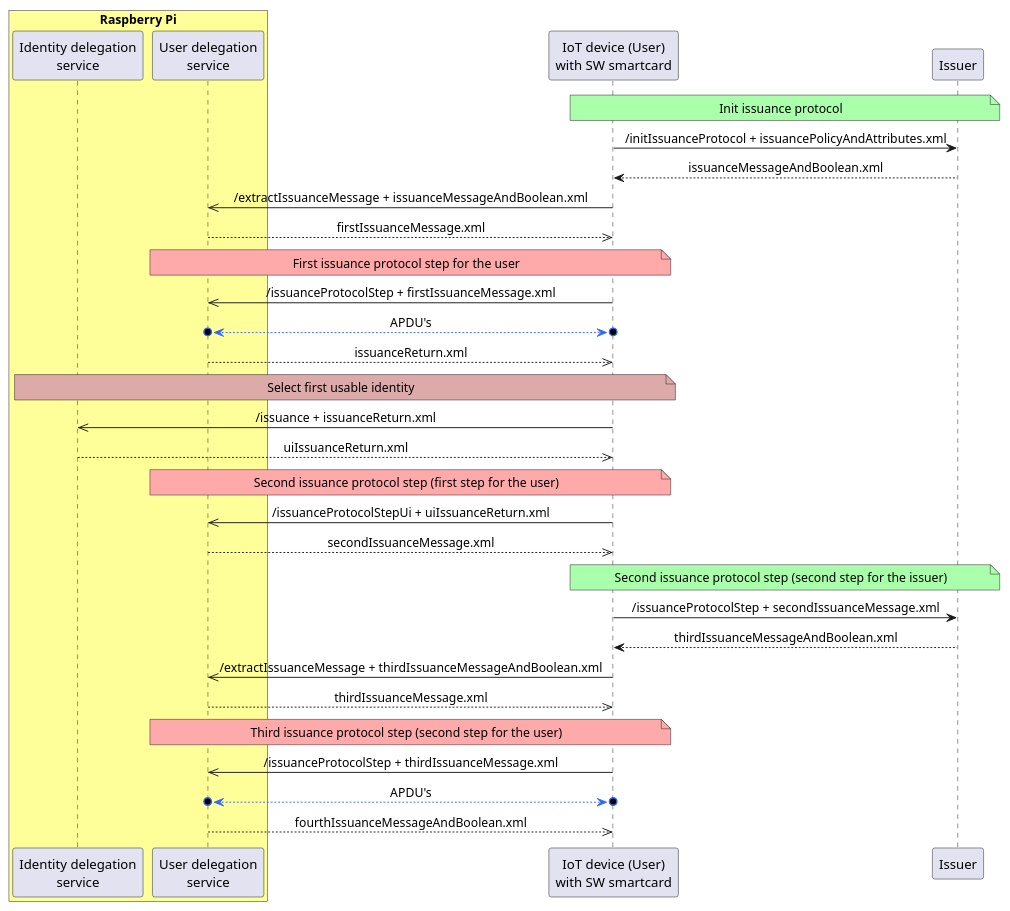
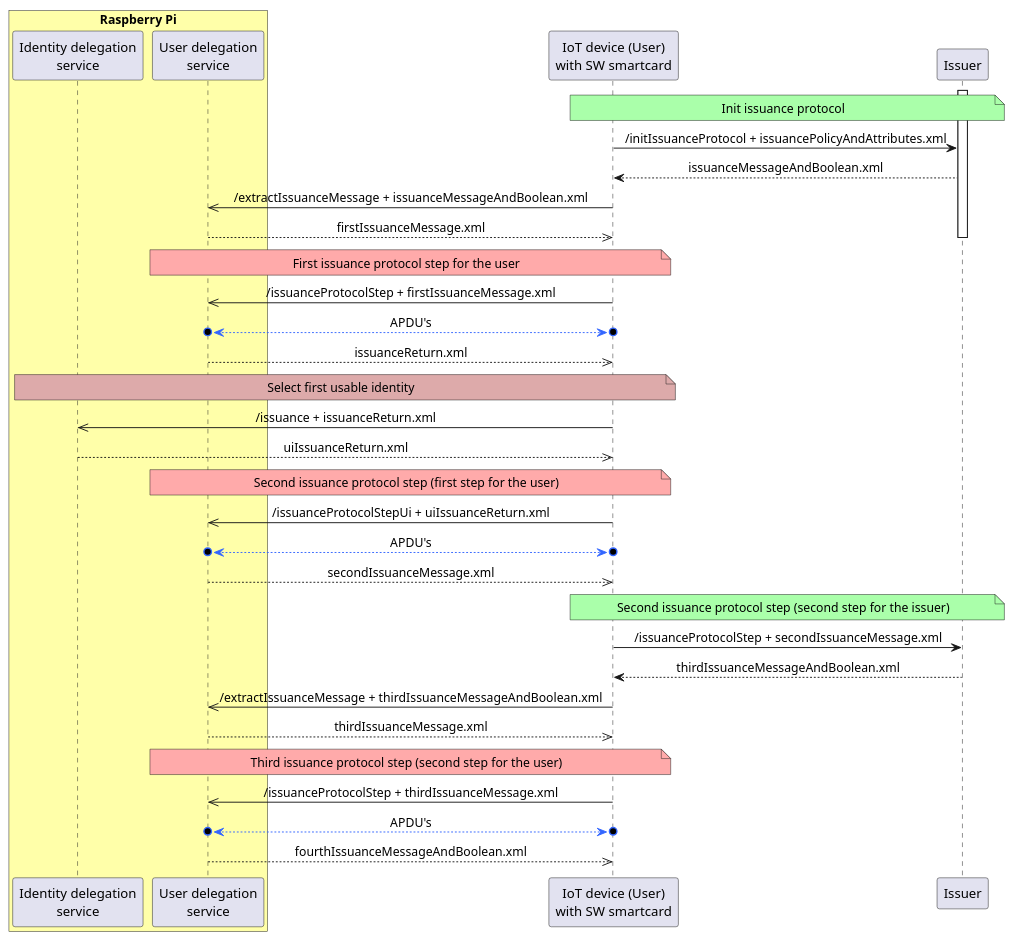
One commit to jlcs-es/p2abc_iot_toolkit changed the diagram in Doc/plantuml/issuanceInteraction.puml. Above: the diagram before and after it, drawn with PlantUML. The commit also changed 2 other files, not shown here.

```diff
--- a/Doc/plantuml/issuanceInteraction.puml
+++ b/Doc/plantuml/issuanceInteraction.puml
@@ -1,42 +1,46 @@
 @startuml
   skinparam SequenceMessageAlign center
 
-  box "Raspberry Pi" #FFFF99
+
+  box "Raspberry Pi" #FFFFA9
   participant "Identity delegation\nservice" as RpiId
   participant "User delegation\nservice" as RpiUser
   end box
   participant "IoT device (User)\nwith SW smartcard" as IoT
   participant Issuer
 
   note over IoT, Issuer #AAFFAA: Init issuance protocol
+  activate Issuer
   IoT -> Issuer : /initIssuanceProtocol + issuancePolicyAndAttributes.xml
   IoT <-- Issuer : issuanceMessageAndBoolean.xml
   RpiUser <<- IoT : /extractIssuanceMessage + issuanceMessageAndBoolean.xml
   RpiUser -->> IoT : firstIssuanceMessage.xml
+  deactivate Issuer
 
   note over RpiUser, IoT #FFAAAA : First issuance protocol step for the user
   RpiUser <<- IoT : /issuanceProtocolStep + firstIssuanceMessage.xml
   RpiUser o<-[#3366FF]->o IoT : APDU's
   RpiUser -->> IoT : issuanceReturn.xml
 
   note over RpiId, IoT #DDAAAA : Select first usable identity
   RpiId <<- IoT : /issuance + issuanceReturn.xml
   RpiId -->> IoT : uiIssuanceReturn.xml
 
   note over RpiUser, IoT #FFAAAA : Second issuance protocol step (first step for the user)
   RpiUser <<- IoT : /issuanceProtocolStepUi + uiIssuanceReturn.xml
+  RpiUser o<-[#3366FF]->o IoT : APDU's
   RpiUser -->> IoT : secondIssuanceMessage.xml
 
   note over IoT, Issuer #AAFFAA : Second issuance protocol step (second step for the issuer)
   IoT -> Issuer : /issuanceProtocolStep + secondIssuanceMessage.xml
   IoT <-- Issuer : thirdIssuanceMessageAndBoolean.xml
   RpiUser <<- IoT : /extractIssuanceMessage + thirdIssuanceMessageAndBoolean.xml
   RpiUser -->> IoT : thirdIssuanceMessage.xml
 
   note over RpiUser, IoT #FFAAAA : Third issuance protocol step (second step for the user)
   RpiUser <<- IoT : /issuanceProtocolStep + thirdIssuanceMessage.xml
   RpiUser o<-[#3366FF]->o IoT : APDU's
   RpiUser -->> IoT : fourthIssuanceMessageAndBoolean.xml
 
 
 @enduml
```
